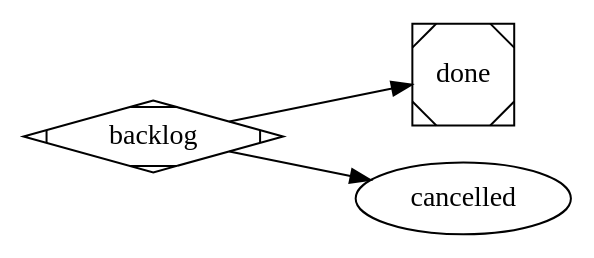
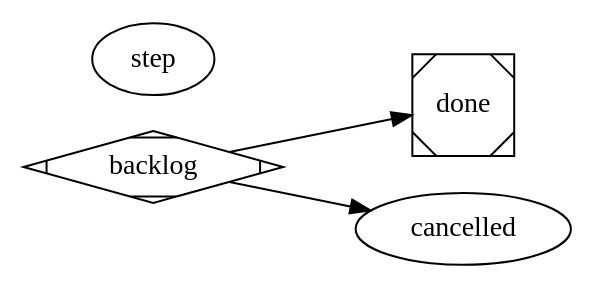
The diagram in .satelle/workflows/satelle-parent-workflow.md (bobmcallan/satelle), drawn with Graphviz before and after one commit. The commit also changed 9 other files, not shown here.

````diff
--- a/.satelle/workflows/satelle-parent-workflow.md
+++ b/.satelle/workflows/satelle-parent-workflow.md
@@ -29,13 +29,15 @@
 ```dot
 digraph satelle_parent_workflow {
   graph [goal="Close a parent/epic only when every child story is done or cancelled", vars="story"]
   rankdir=LR
 
   backlog   [shape=Mdiamond]
   done      [shape=Msquare, actor=reviewer, prompt="@skill:satelle-story-done-review"]
   cancelled [actor=reviewer, prompt="@skill:satelle-story-cancel-review"]
+  // step opts into per-transition step summaries (sty_9a139c78): edge-less, mandatory.
+  step      [actor=reviewer, prompt="@skill:satelle-step-summary", mandatory=true]
 
   backlog -> done       // spine gate satelle-story-done-review (category-aware: children resolved)
   backlog -> cancelled
 }
 ```
````
